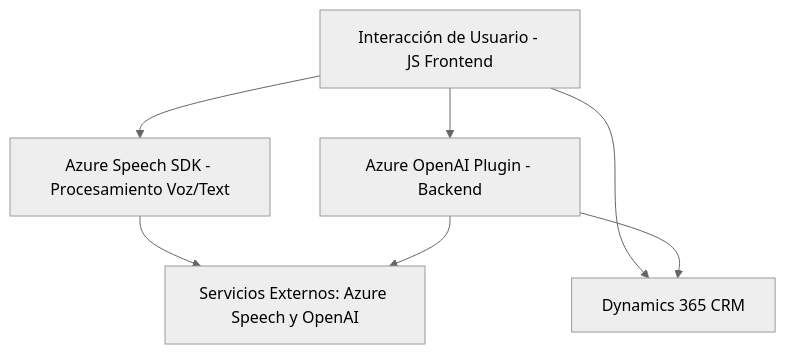
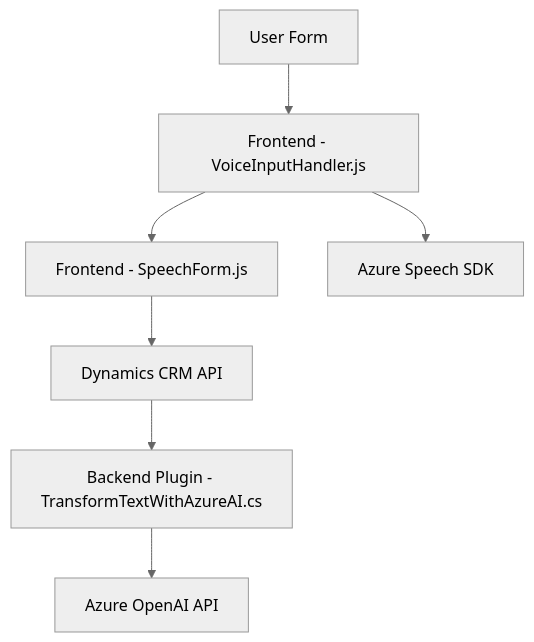
The diagram in README.md (blopezdm/NETCORE_BILBAO2025), drawn with Mermaid (neutral theme) before and after one commit. The commit also changed other lines of this file, not shown here.

````diff
--- a/README.md
+++ b/README.md
@@ -51,15 +24,17 @@
 ```mermaid
 graph TD
-    A["Interacción de Usuario - JS Frontend"]
-    B["Azure Speech SDK - Procesamiento Voz/Text"]
-    C["Azure OpenAI Plugin - Backend"]
-    D["Dynamics 365 CRM"]
-    E["Servicios Externos: Azure Speech y OpenAI"]
+    A["Frontend - VoiceInputHandler.js"]
+    B["Frontend - SpeechForm.js"]
+    C["Backend Plugin - TransformTextWithAzureAI.cs"]
+    D["Azure Speech SDK"]
+    E["Dynamics CRM API"]
+    F["Azure OpenAI API"]
+    G["User Form"]
 
+    G --> A
     A --> B
-    A --> D  
-    A --> C
     B --> E
-    C --> D
-    C --> E
+    E --> C
+    C --> F
+    A --> D
 ```
````
